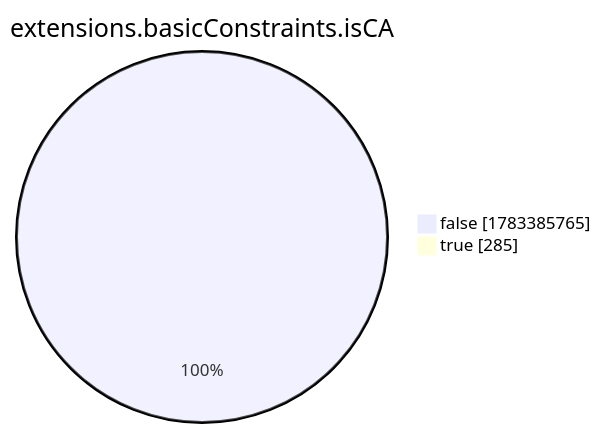
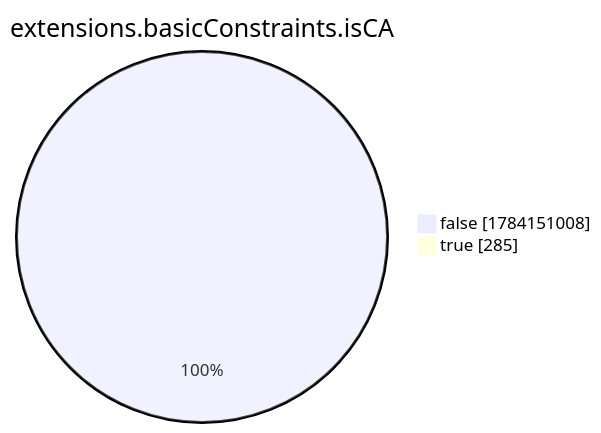
Before and after one commit to christiankrug/ctmonitor_visualization: the eighth of 15 diagrams in xenon2022/README.md, drawn with Mermaid. The commit also changed other lines of this file, not shown here.

````diff
--- a/xenon2022/README.md
+++ b/xenon2022/README.md
@@ -2868,6 +2868,6 @@
 ```mermaid
 pie showData
 title extensions.basicConstraints.isCA
-"false" :1783385765
+"false" :1784151008
 "true" :285
 ```
````
